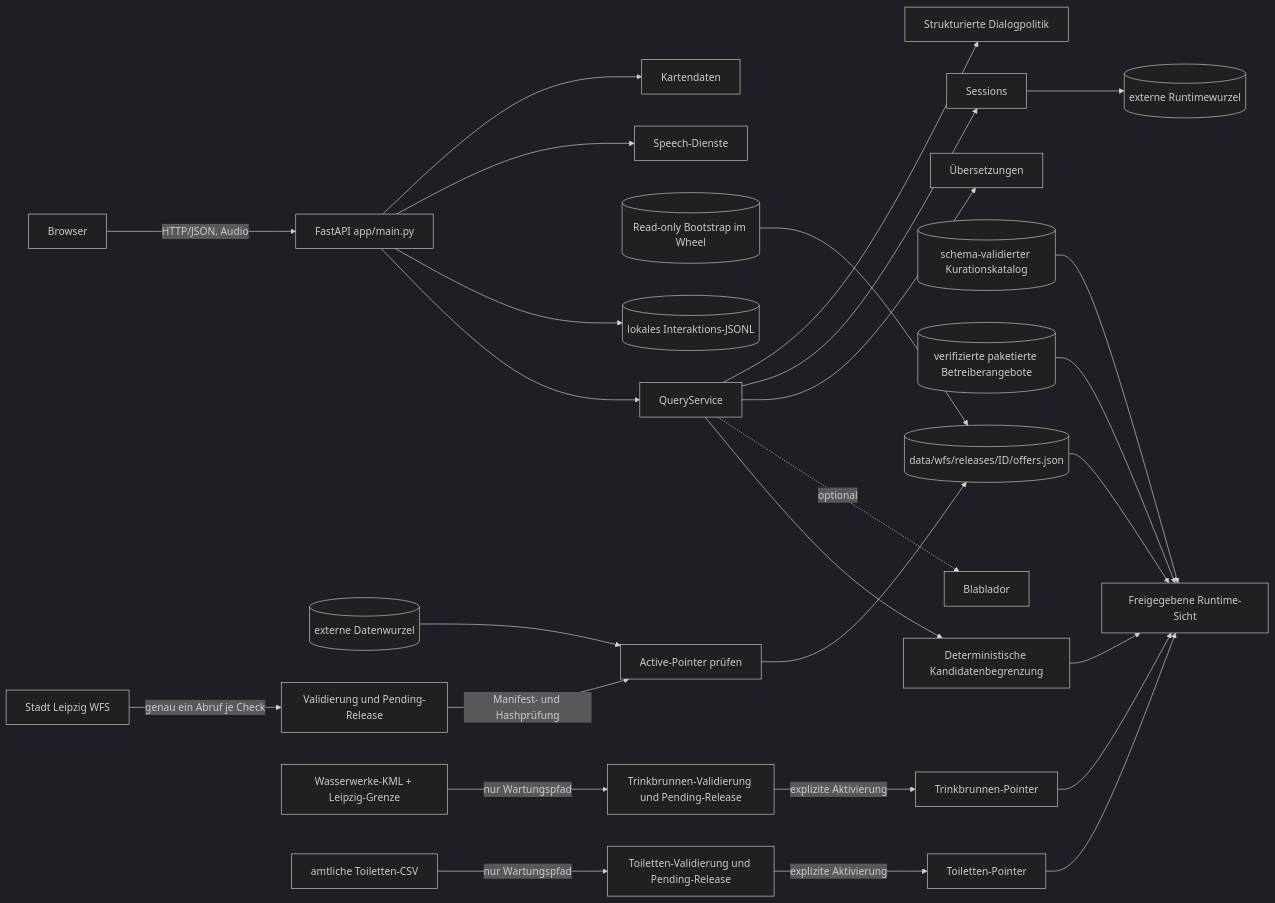
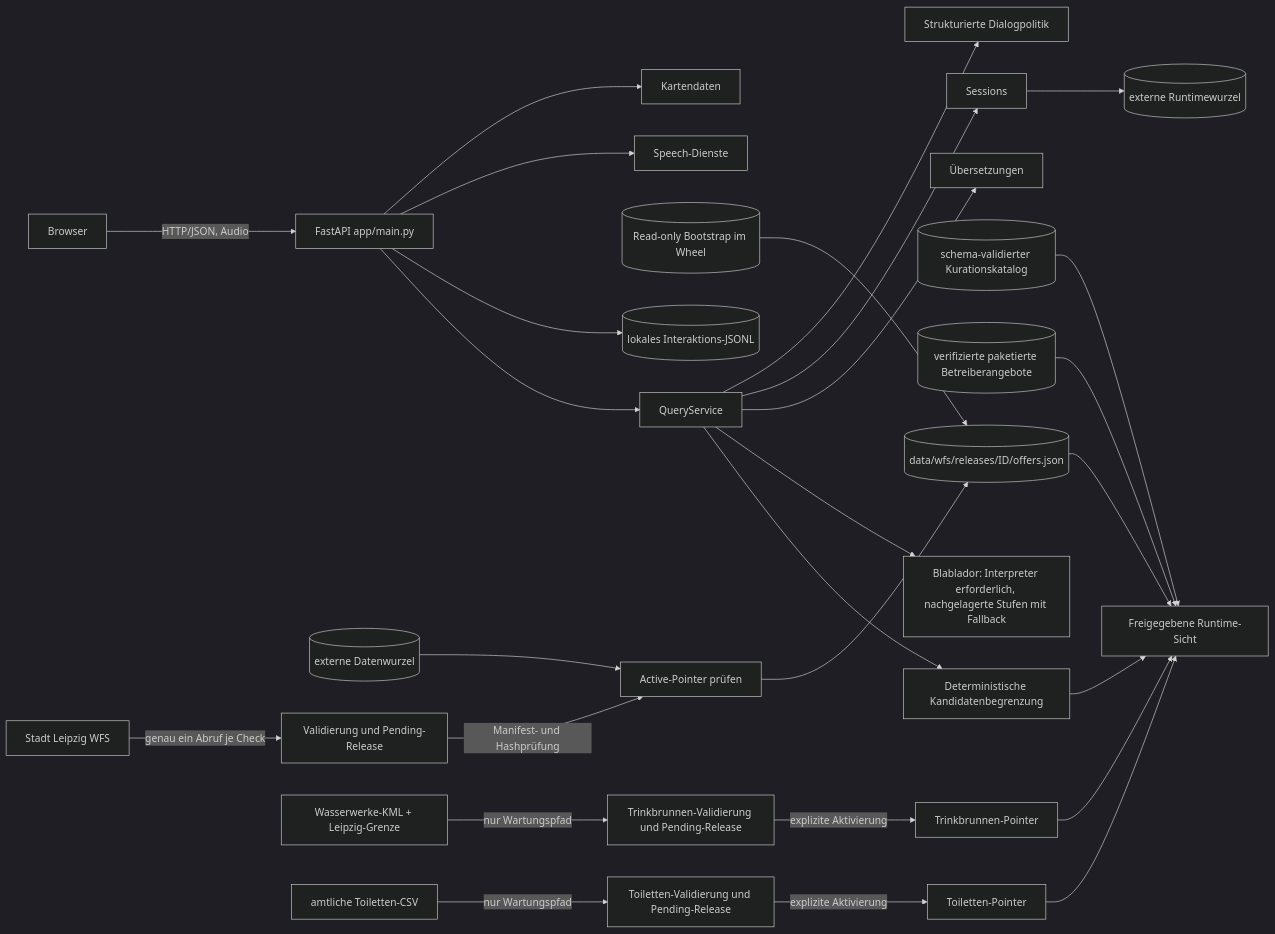
The diagram in docs/architecture.md (HannahHoffner/lena-grounded-voice-assistant), drawn with Mermaid (dark theme) before and after one commit. The commit also changed 24 other files, not shown here.

````diff
--- a/docs/architecture.md
+++ b/docs/architecture.md
@@ -10,29 +10,29 @@
 ```mermaid
 flowchart LR
     U[Browser] -->|HTTP/JSON, Audio| A[FastAPI app/main.py]
     A --> S[QueryService]
     S --> R[Deterministische Kandidatenbegrenzung]
-    S -. optional .-> L[Blablador]
+    S --> L[Blablador: Interpreter erforderlich, nachgelagerte Stufen mit Fallback]
     R --> Q[Freigegebene Runtime-Sicht]
     C[Active-Pointer prüfen] --> K[(data/wfs/releases/ID/offers.json)]
     K --> Q
     V[(schema-validierter Kurationskatalog)] --> Q
     E[(verifizierte paketierte Betreiberangebote)] --> Q
     S --> I[Übersetzungen]
     S --> X[Sessions]
     S --> G[Strukturierte Dialogpolitik]
     B[(Read-only Bootstrap im Wheel)] --> K
     D[(externe Datenwurzel)] --> C
     X --> T[(externe Runtimewurzel)]
     A --> O[(lokales Interaktions-JSONL)]
     A --> P[Speech-Dienste]
     A --> M[Kartendaten]
     W[Stadt Leipzig WFS] -->|genau ein Abruf je Check| Y[Validierung und Pending-Release]
     Y -->|Manifest- und Hashprüfung| C
     F[Wasserwerke-KML + Leipzig-Grenze] -->|nur Wartungspfad| Z[Trinkbrunnen-Validierung und Pending-Release]
     Z -->|explizite Aktivierung| FC[Trinkbrunnen-Pointer]
     FC --> Q
     TCSV[amtliche Toiletten-CSV] -->|nur Wartungspfad| J[Toiletten-Validierung und Pending-Release]
     J -->|explizite Aktivierung| TC[Toiletten-Pointer]
     TC --> Q
 ```
````
